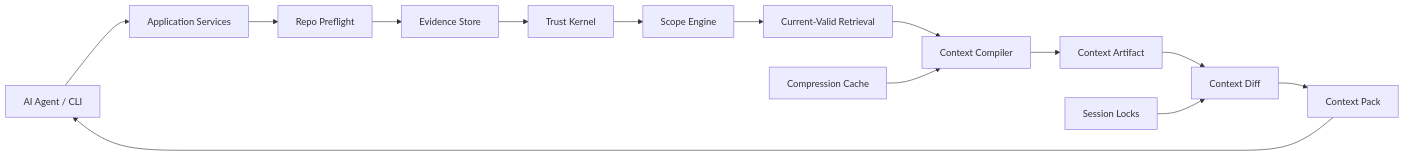
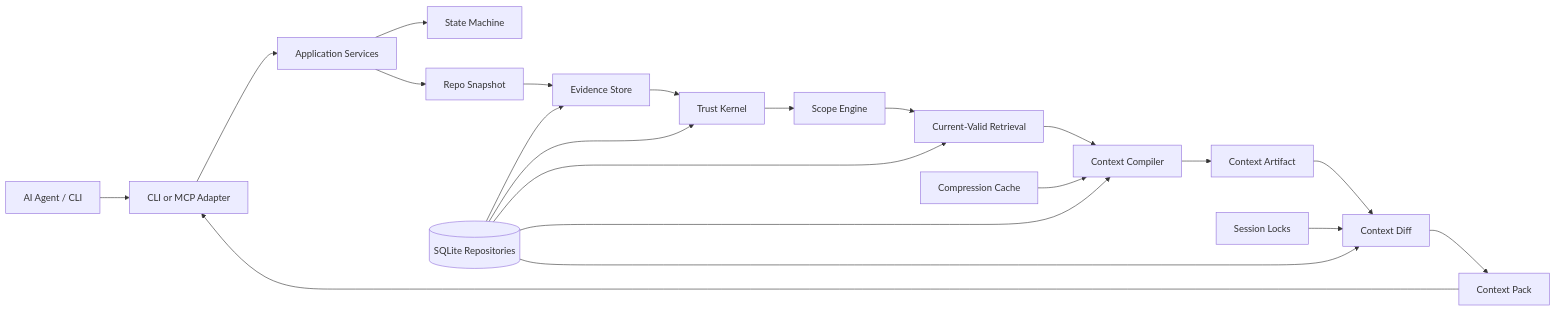
Before and after one commit to gael55x/Grape: the first of 2 diagrams in docs/v1/ARCHITECTURE.md, drawn with Mermaid. The commit also changed other lines of this file and 23 other files, not shown here.

````diff
--- a/docs/v1/ARCHITECTURE.md
+++ b/docs/v1/ARCHITECTURE.md
@@ -39,16 +21,23 @@
 ```mermaid
 flowchart LR
-  Agent[AI Agent / CLI] --> App[Application Services]
-  App --> Preflight[Repo Preflight]
-  Preflight --> Evidence[Evidence Store]
+  Agent[AI Agent / CLI] --> Adapter[CLI or MCP Adapter]
+  Adapter --> App[Application Services]
+  App --> State[State Machine]
+  App --> Repo[Repo Snapshot]
+  Repo --> Evidence[Evidence Store]
   Evidence --> Trust[Trust Kernel]
   Trust --> Scope[Scope Engine]
   Scope --> Current[Current-Valid Retrieval]
   Current --> Compiler[Context Compiler]
   Compression[Compression Cache] --> Compiler
   Compiler --> Artifact[Context Artifact]
   Artifact --> Diff[Context Diff]
   Sessions[Session Locks] --> Diff
   Diff --> Pack[Context Pack]
-  Pack --> Agent
+  Pack --> Adapter
+  Storage[(SQLite Repositories)] --> Evidence
+  Storage --> Trust
+  Storage --> Current
+  Storage --> Compiler
+  Storage --> Diff
 ```
````
